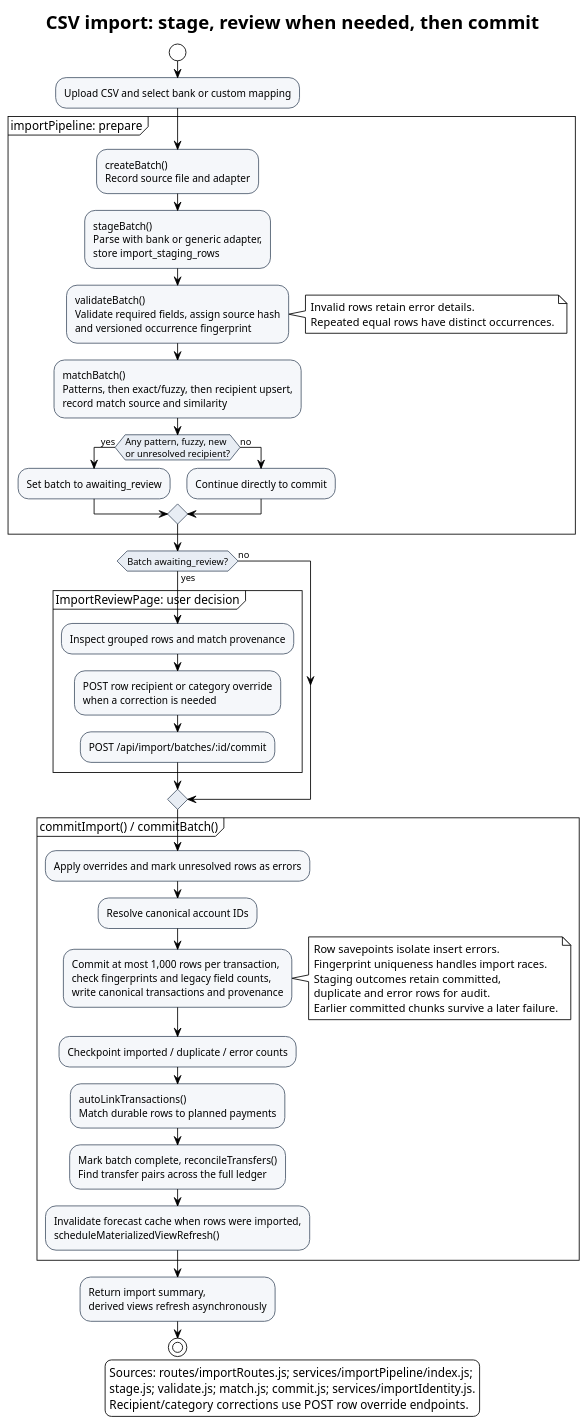
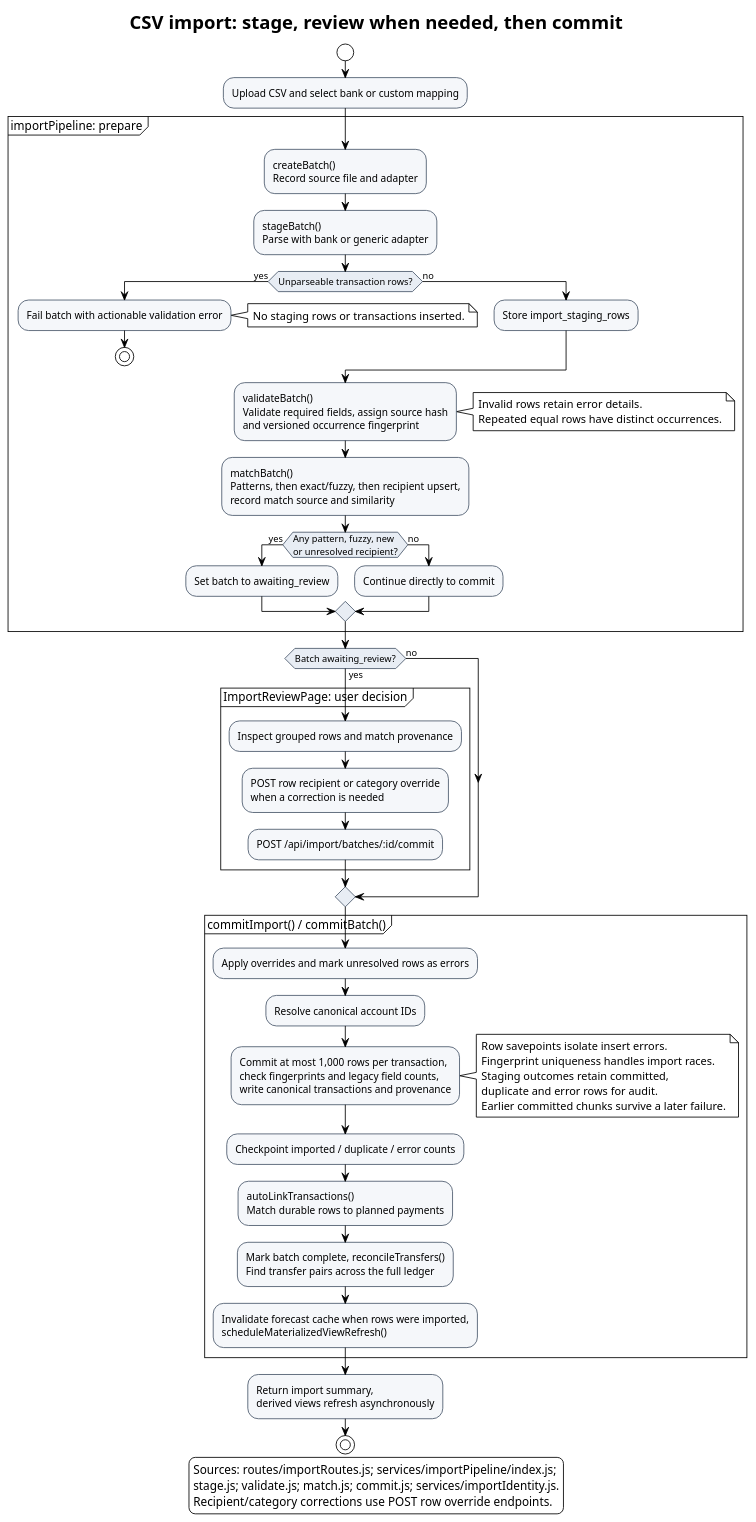
One commit to EraPartner/Vision changed the diagram in docs/diagrams/import-pipeline.puml. Above: the diagram before and after it, drawn with PlantUML. The commit also changed 52 other files, not shown here.

First line of the commit message:
fix: reject unparseable import files, Unicode recipient search, form validation (#253)

```diff
--- a/docs/diagrams/import-pipeline.puml
+++ b/docs/diagrams/import-pipeline.puml
@@ -1,63 +1,70 @@
 @startuml import-pipeline
 title CSV import: stage, review when needed, then commit
 
 !theme plain
 skinparam activityBackgroundColor #F5F7FA
 skinparam activityBorderColor #49586A
 skinparam activityDiamondBackgroundColor #E8EDF4
 
 start
 :Upload CSV and select bank or custom mapping;
 
 partition "importPipeline: prepare" {
   :createBatch()\nRecord source file and adapter;
-  :stageBatch()\nParse with bank or generic adapter,\nstore import_staging_rows;
+  :stageBatch()\nParse with bank or generic adapter;
+  if (Unparseable transaction rows?) then (yes)
+    :Fail batch with actionable validation error;
+    note right: No staging rows or transactions inserted.
+    stop
+  else (no)
+    :Store import_staging_rows;
+  endif
   :validateBatch()\nValidate required fields, assign source hash\nand versioned occurrence fingerprint;
   note right
     Invalid rows retain error details.
     Repeated equal rows have distinct occurrences.
   end note
   :matchBatch()\nPatterns, then exact/fuzzy, then recipient upsert,\nrecord match source and similarity;
   if (Any pattern, fuzzy, new\nor unresolved recipient?) then (yes)
     :Set batch to awaiting_review;
   else (no)
     :Continue directly to commit;
   endif
 }
 
 if (Batch awaiting_review?) then (yes)
   partition "ImportReviewPage: user decision" {
     :Inspect grouped rows and match provenance;
     :POST row recipient or category override\nwhen a correction is needed;
     :POST /api/import/batches/:id/commit;
   }
 else (no)
 endif
 
 partition "commitImport() / commitBatch()" {
   :Apply overrides and mark unresolved rows as errors;
   :Resolve canonical account IDs;
   :Commit at most 1,000 rows per transaction,\ncheck fingerprints and legacy field counts,\nwrite canonical transactions and provenance;
   note right
     Row savepoints isolate insert errors.
     Fingerprint uniqueness handles import races.
     Staging outcomes retain committed,
     duplicate and error rows for audit.
     Earlier committed chunks survive a later failure.
   end note
   :Checkpoint imported / duplicate / error counts;
   :autoLinkTransactions()\nMatch durable rows to planned payments;
   :Mark batch complete, reconcileTransfers()\nFind transfer pairs across the full ledger;
   :Invalidate forecast cache when rows were imported,\nscheduleMaterializedViewRefresh();
 }
 
 :Return import summary,\nderived views refresh asynchronously;
 stop
 
 legend bottom
   Sources: routes/importRoutes.js; services/importPipeline/index.js;
   stage.js; validate.js; match.js; commit.js; services/importIdentity.js.
   Recipient/category corrections use POST row override endpoints.
 endlegend
 
 @enduml
```
